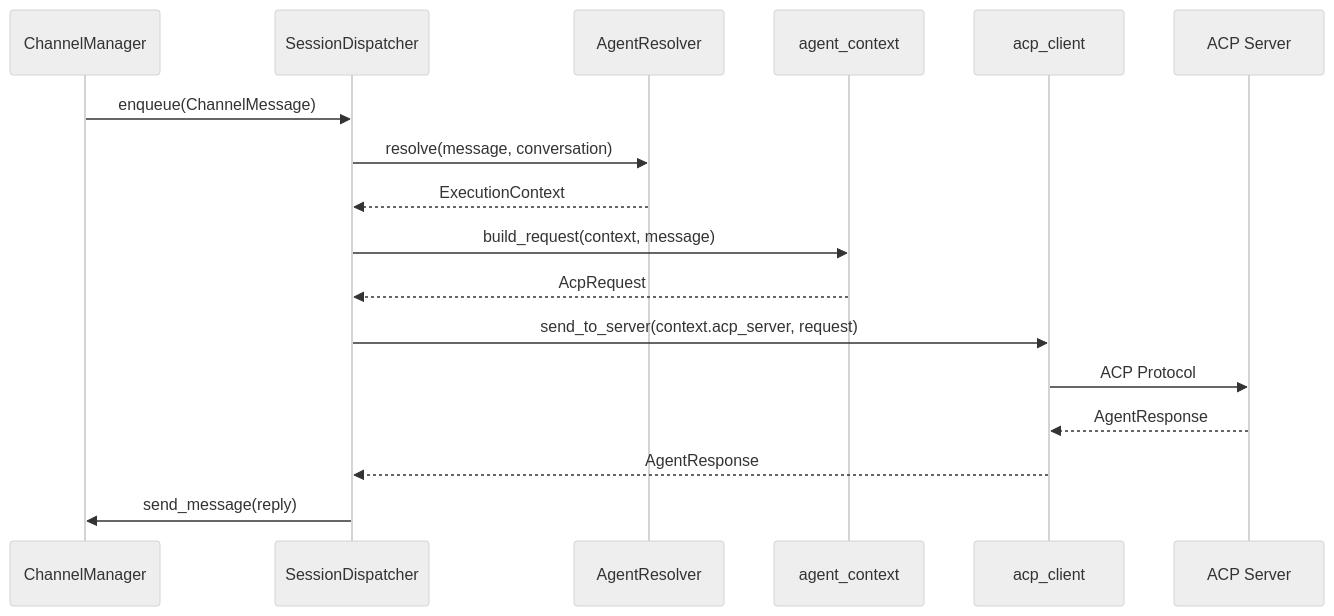
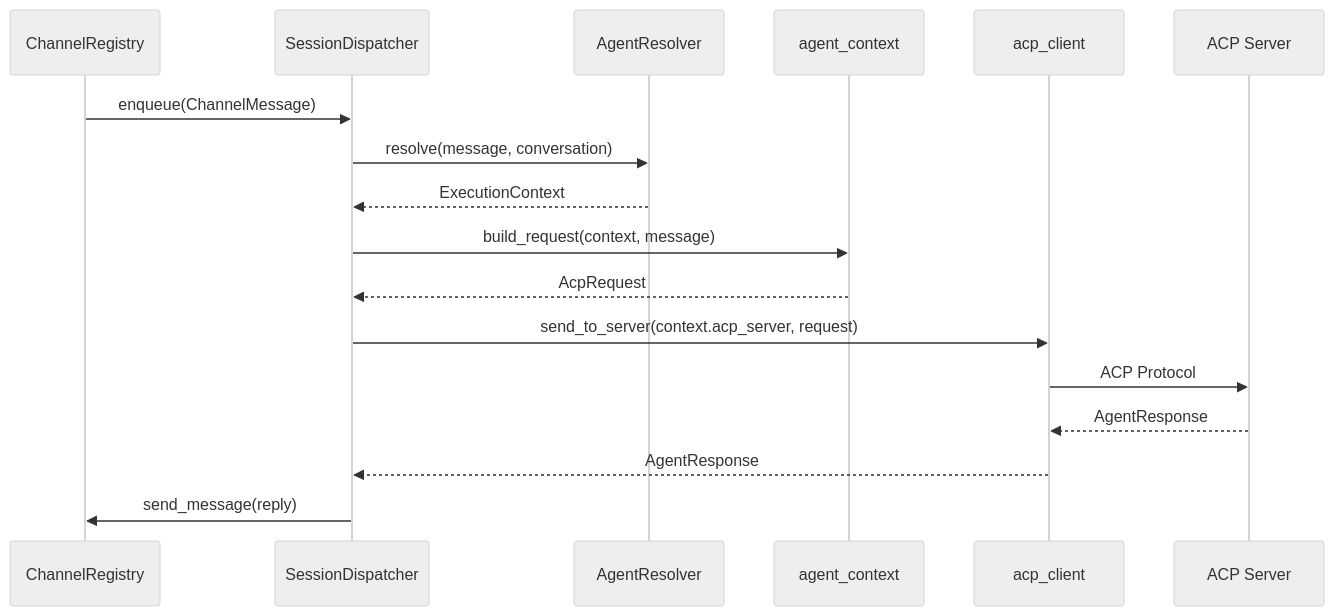
The second of 3 diagrams in docs/architecture/00-overview.md (zhuxining/MindClaw), drawn with Mermaid (neutral theme) before and after one commit. The commit also changed other lines of this file and 63 other files, not shown here.

````diff
--- a/docs/architecture/00-overview.md
+++ b/docs/architecture/00-overview.md
@@ -132,20 +144,20 @@
 ```mermaid
 sequenceDiagram
-    participant CM as ChannelManager
+    participant CM as ChannelRegistry
     participant SD as SessionDispatcher
     participant AR as AgentResolver
     participant ACX as agent_context
     participant ACP as acp_client
     participant AS as ACP Server
 
     CM->>SD: enqueue(ChannelMessage)
     SD->>AR: resolve(message, conversation)
     AR-->>SD: ExecutionContext
     SD->>ACX: build_request(context, message)
     ACX-->>SD: AcpRequest
     SD->>ACP: send_to_server(context.acp_server, request)
     ACP->>AS: ACP Protocol
     AS-->>ACP: AgentResponse
     ACP-->>SD: AgentResponse
     SD->>CM: send_message(reply)
 ```
````
